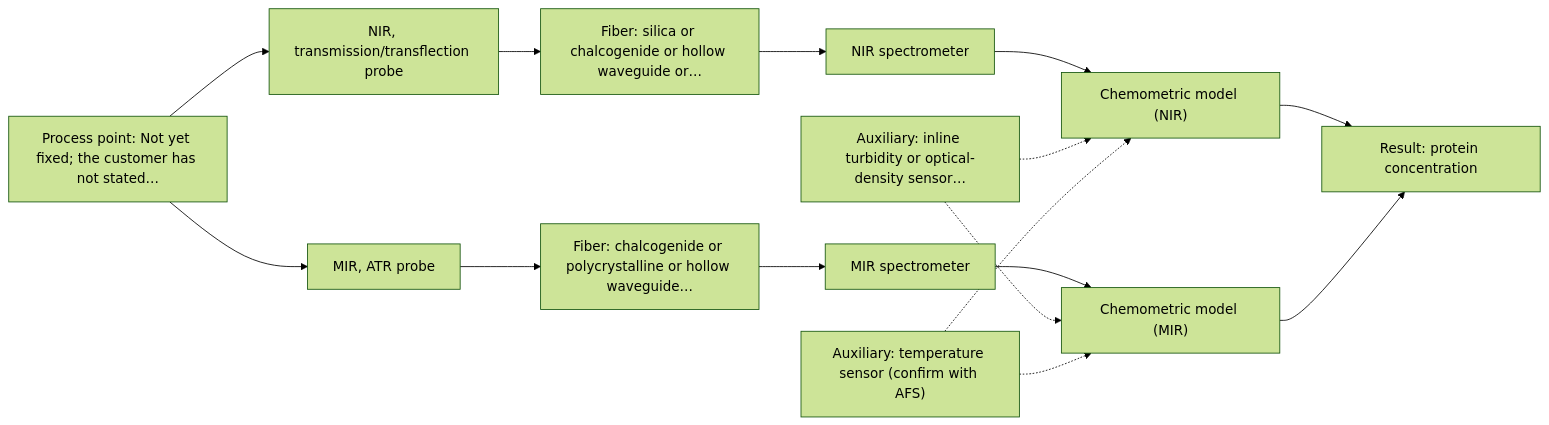
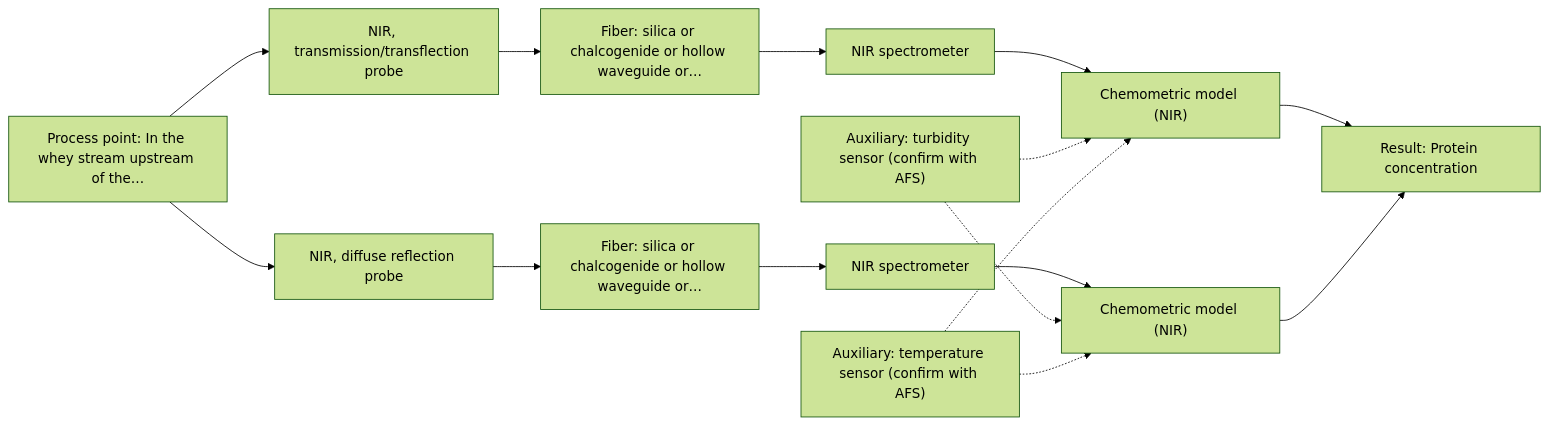
The first of 2 diagrams in outputs/dev/D03.md (sleipnir029/Afs-Spectroscopy-Assistant), drawn with Mermaid (forest theme) before and after one commit. The commit also changed other lines of this file and 41 other files, not shown here.

````diff
--- a/outputs/dev/D03.md
+++ b/outputs/dev/D03.md
@@ -38,29 +38,29 @@
 ```mermaid
 flowchart LR
-    proc["Process point: Not yet fixed; the customer has not stated…"]
+    proc["Process point: In the whey stream upstream of the…"]
     probe1["NIR, transmission/transflection probe"]
     fiber1["Fiber: silica or chalcogenide or hollow waveguide or…"]
     spec1["NIR spectrometer"]
     model1["Chemometric model (NIR)"]
-    probe2["MIR, ATR probe"]
-    fiber2["Fiber: chalcogenide or polycrystalline or hollow waveguide…"]
-    spec2["MIR spectrometer"]
-    model2["Chemometric model (MIR)"]
-    result["Result: protein concentration"]
-    aux1["Auxiliary: inline turbidity or optical-density sensor…"]
+    probe2["NIR, diffuse reflection probe"]
+    fiber2["Fiber: silica or chalcogenide or hollow waveguide or…"]
+    spec2["NIR spectrometer"]
+    model2["Chemometric model (NIR)"]
+    result["Result: Protein concentration"]
+    aux1["Auxiliary: turbidity sensor (confirm with AFS)"]
     aux2["Auxiliary: temperature sensor (confirm with AFS)"]
     proc --> probe1
     probe1 --> fiber1
     fiber1 --> spec1
     spec1 --> model1
     proc --> probe2
     probe2 --> fiber2
     fiber2 --> spec2
     spec2 --> model2
     model1 --> result
     model2 --> result
     aux1 -.-> model1
     aux1 -.-> model2
     aux2 -.-> model1
     aux2 -.-> model2
 ```
````
